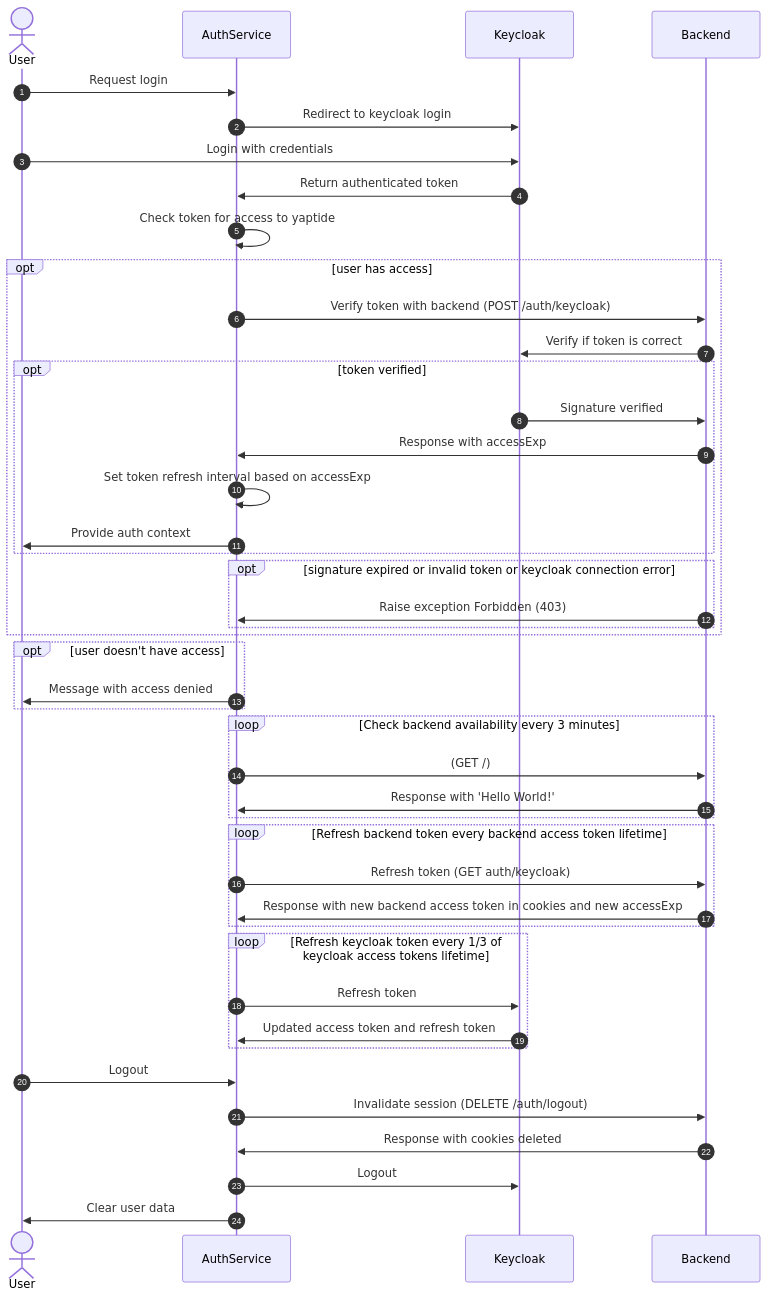
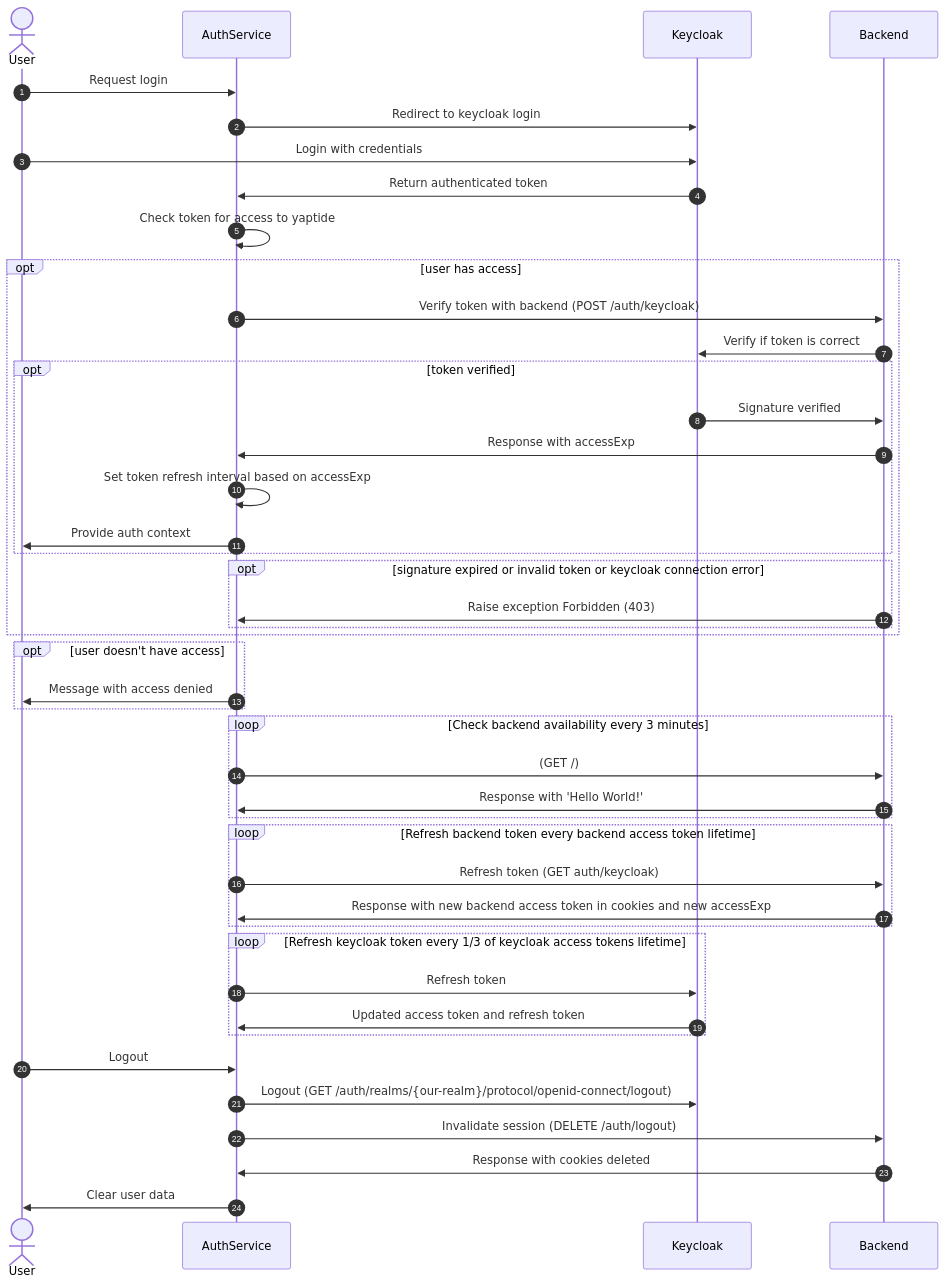
Before and after one commit to yaptide/ui: the first of 2 diagrams in docs/authentication.md, drawn with Mermaid. The commit also changed other lines of this file, not shown here.

````diff
--- a/docs/authentication.md
+++ b/docs/authentication.md
@@ -7,47 +7,47 @@
 ```mermaid
 sequenceDiagram
     autonumber
     actor User
     participant AuthService
     participant Keycloak
     participant Backend
 
     User ->> AuthService: Request login
     AuthService ->> Keycloak: Redirect to keycloak login
     User ->> Keycloak: Login with credentials
     Keycloak ->> AuthService: Return authenticated token
     AuthService ->> AuthService: Check token for access to yaptide
     opt user has access
         AuthService ->> Backend: Verify token with backend (POST /auth/keycloak)
         Backend ->> Keycloak: Verify if token is correct
         opt token verified
             Keycloak ->> Backend: Signature verified
             Backend ->> AuthService: Response with accessExp
             AuthService ->> AuthService: Set token refresh interval based on accessExp
             AuthService ->> User: Provide auth context
         end
         opt signature expired or invalid token or keycloak connection error
             Backend ->> AuthService: Raise exception Forbidden (403)
         end
     end
     opt user doesn't have access
         AuthService ->> User: Message with access denied
     end
     loop Check backend availability every 3 minutes
         AuthService ->> Backend: (GET /)
         Backend ->> AuthService: Response with 'Hello World!'
     end
     loop Refresh backend token every backend access token lifetime
         AuthService ->> Backend: Refresh token (GET auth/keycloak)
         Backend ->> AuthService: Response with new backend access token in cookies and new accessExp
     end
     loop Refresh keycloak token every 1/3 of keycloak access tokens lifetime
         AuthService ->> Keycloak: Refresh token
         Keycloak ->> AuthService: Updated access token and refresh token
     end
     User ->> AuthService: Logout
+    AuthService ->> Keycloak: Logout (GET /auth/realms/{our-realm}/protocol/openid-connect/logout)
     AuthService ->> Backend: Invalidate session (DELETE /auth/logout)
     Backend ->> AuthService: Response with cookies deleted
-    AuthService ->> Keycloak: Logout
     AuthService ->> User: Clear user data
 ```
````
